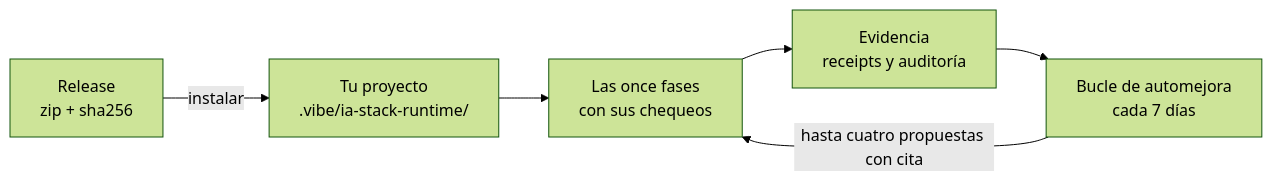
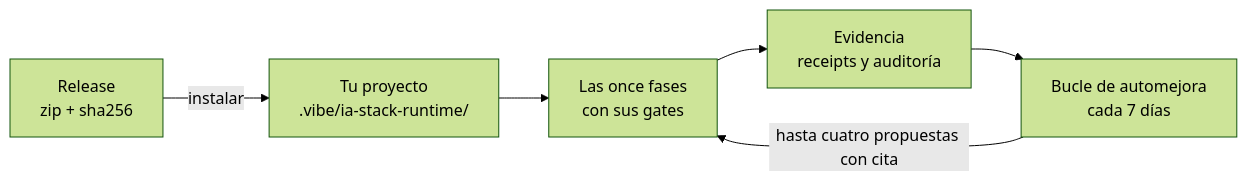
One commit to santischurmann/ia-stack changed the first of 3 diagrams in README.md. Above: the diagram before and after it, drawn with Mermaid (forest theme). The commit also changed other lines of this file, not shown here.

First line of the commit message:
docs(readme): README reescrito con el flujo de fases, gates, piezas, instalación y estructura

````diff
--- a/README.md
+++ b/README.md
@@ -14,8 +58,8 @@
 ```mermaid
 flowchart LR
     R["Release<br/>zip + sha256"] -->|instalar| P["Tu proyecto<br/>.vibe/ia-stack-runtime/"]
-    P --> F["Las once fases<br/>con sus chequeos"]
+    P --> F["Las once fases<br/>con sus gates"]
     F --> E["Evidencia<br/>receipts y auditoría"]
     E --> S["Bucle de automejora<br/>cada 7 días"]
     S -->|"hasta cuatro propuestas con cita"| F
 ```
````
